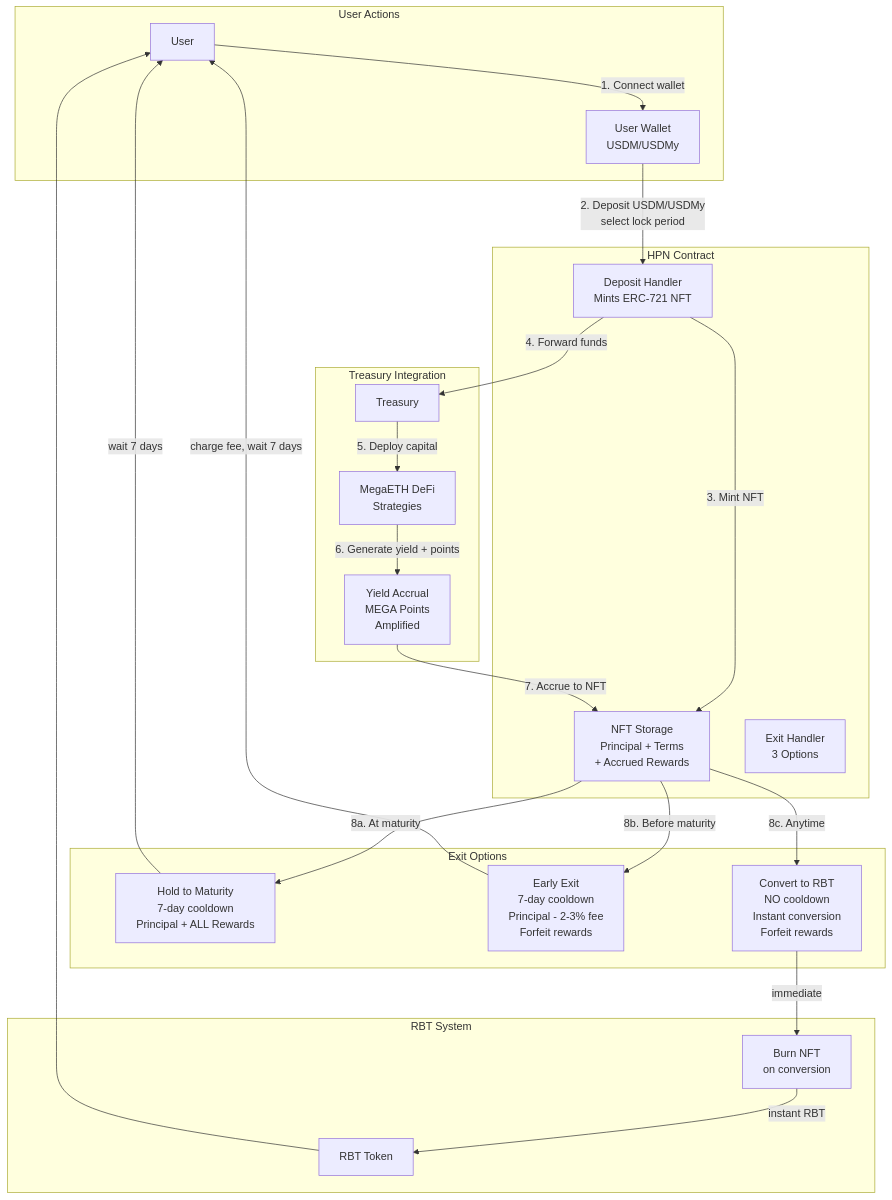
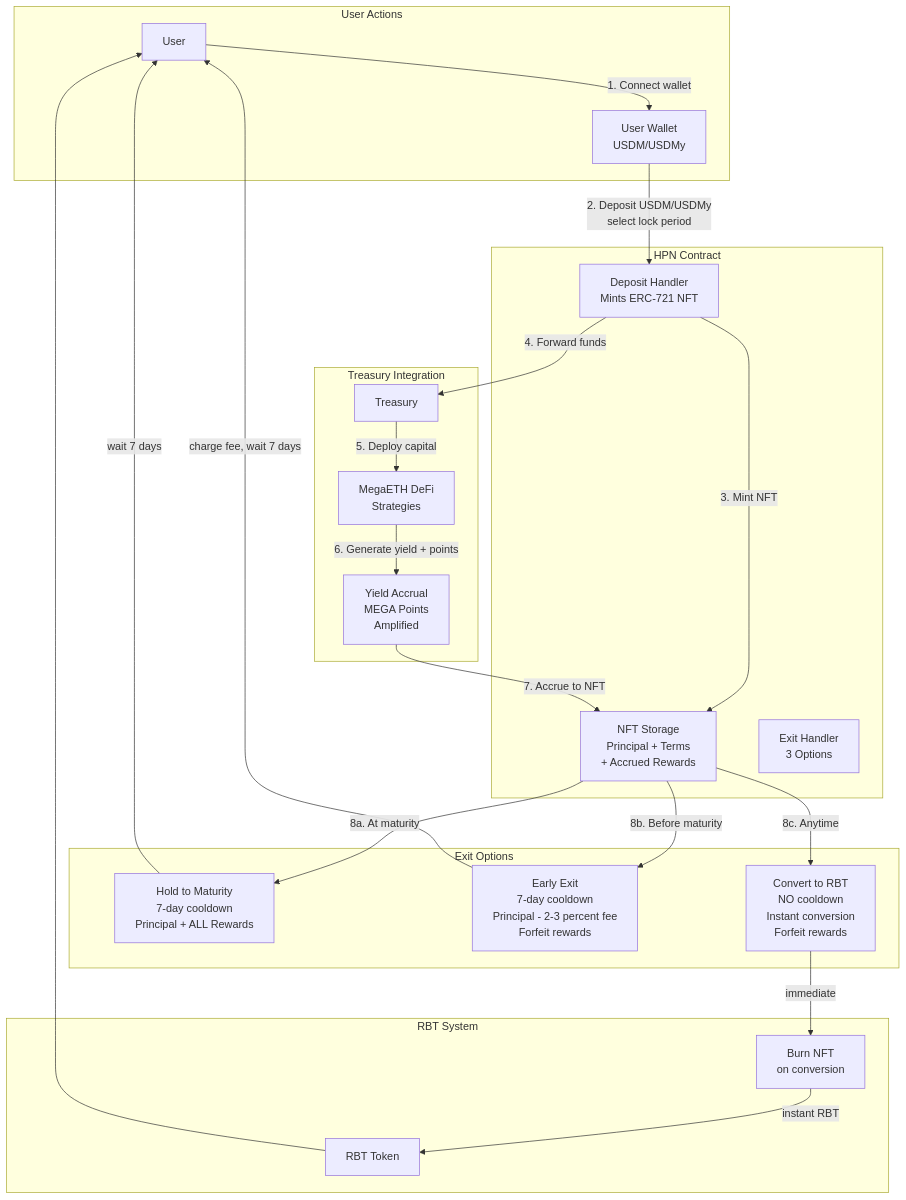
Before and after one commit to 0xJaehaerys/ohmega: the second of 6 diagrams in blackhaven-architecture-diagrams.md, drawn with Mermaid. The commit also changed other lines of this file, not shown here.

First line of the commit message:
Fix Mermaid syntax: replace % with percent

````diff
--- a/blackhaven-architecture-diagrams.md
+++ b/blackhaven-architecture-diagrams.md
@@ -87,49 +87,49 @@
 ```mermaid
 graph TB
     subgraph "User Actions"
         USER[User]
         WALLET[User Wallet<br/>USDM/USDMy]
     end
     
     subgraph "HPN Contract"
         DEPOSIT_HANDLER[Deposit Handler<br/>Mints ERC-721 NFT]
         NFT_STORAGE[NFT Storage<br/>Principal + Terms<br/>+ Accrued Rewards]
         EXIT_HANDLER[Exit Handler<br/>3 Options]
     end
     
     subgraph "Exit Options"
         MATURITY[Hold to Maturity<br/>7-day cooldown<br/>Principal + ALL Rewards]
-        EARLY_EXIT[Early Exit<br/>7-day cooldown<br/>Principal - 2-3% fee<br/>Forfeit rewards]
+        EARLY_EXIT[Early Exit<br/>7-day cooldown<br/>Principal - 2-3 percent fee<br/>Forfeit rewards]
         RBT_CONVERT[Convert to RBT<br/>NO cooldown<br/>Instant conversion<br/>Forfeit rewards]
     end
     
     subgraph "Treasury Integration"
         TREASURY[Treasury]
         DEFI[MegaETH DeFi<br/>Strategies]
         YIELD[Yield Accrual<br/>MEGA Points<br/>Amplified]
     end
     
     subgraph "RBT System"
         RBT[RBT Token]
         BURN[Burn NFT<br/>on conversion]
     end
     
     USER -->|1. Connect wallet| WALLET
     WALLET -->|2. Deposit USDM/USDMy<br/>select lock period| DEPOSIT_HANDLER
     DEPOSIT_HANDLER -->|3. Mint NFT| NFT_STORAGE
     DEPOSIT_HANDLER -->|4. Forward funds| TREASURY
     
     TREASURY -->|5. Deploy capital| DEFI
     DEFI -->|6. Generate yield + points| YIELD
     YIELD -->|7. Accrue to NFT| NFT_STORAGE
     
     NFT_STORAGE -->|8a. At maturity| MATURITY
     NFT_STORAGE -->|8b. Before maturity| EARLY_EXIT
     NFT_STORAGE -->|8c. Anytime| RBT_CONVERT
     
     MATURITY -->|wait 7 days| USER
     EARLY_EXIT -->|charge fee, wait 7 days| USER
     RBT_CONVERT -->|immediate| BURN
     BURN -->|instant RBT| RBT
     RBT --> USER
 ```
````
